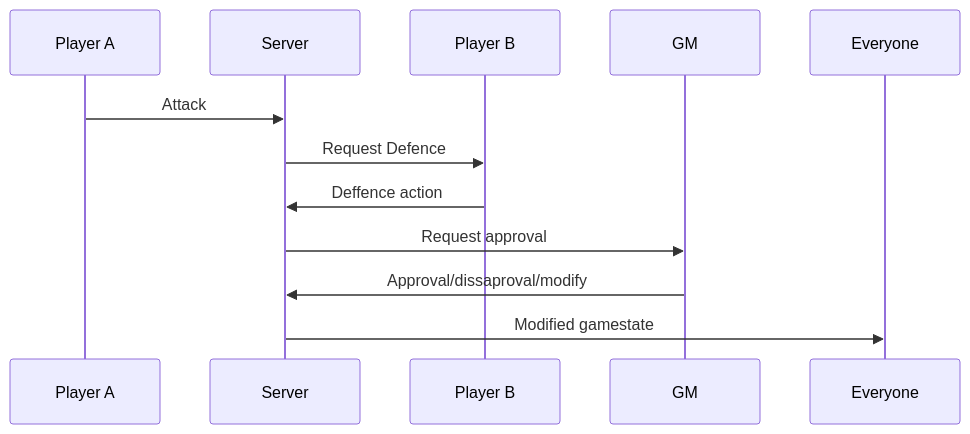
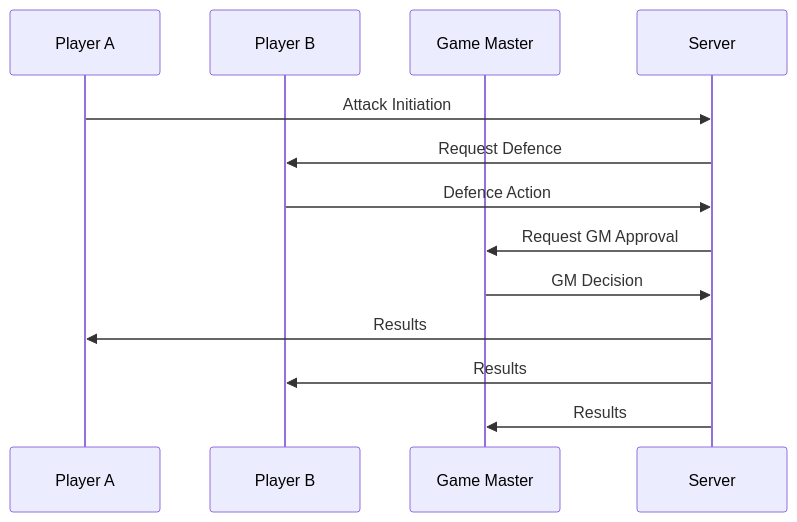
One commit to SAY10s/BURN2 changed the diagram in readme.md. Above: the diagram before and after it, drawn with Mermaid. The commit also changed other lines of this file and 3 other files, not shown here.

````diff
--- a/readme.md
+++ b/readme.md
@@ -48,9 +57,16 @@
 ```mermaid
 sequenceDiagram
-  Player A->>Server: Attack
-  Server->>Player B: Request Defence
-  Player B->>Server: Deffence action
-  Server->>GM: Request approval
-  GM->>Server: Approval/dissaproval/modify
-  Server->>Everyone: Modified gamestate
+  participant A as Player A
+  participant B as Player B
+  participant GM as Game Master
+  participant S as Server
+
+  A->>S: Attack Initiation
+  S->>B: Request Defence
+  B->>S: Defence Action
+  S->>GM: Request GM Approval
+  GM->>S: GM Decision
+  S->>A: Results
+  S->>B: Results
+  S->>GM: Results
 ```
````
